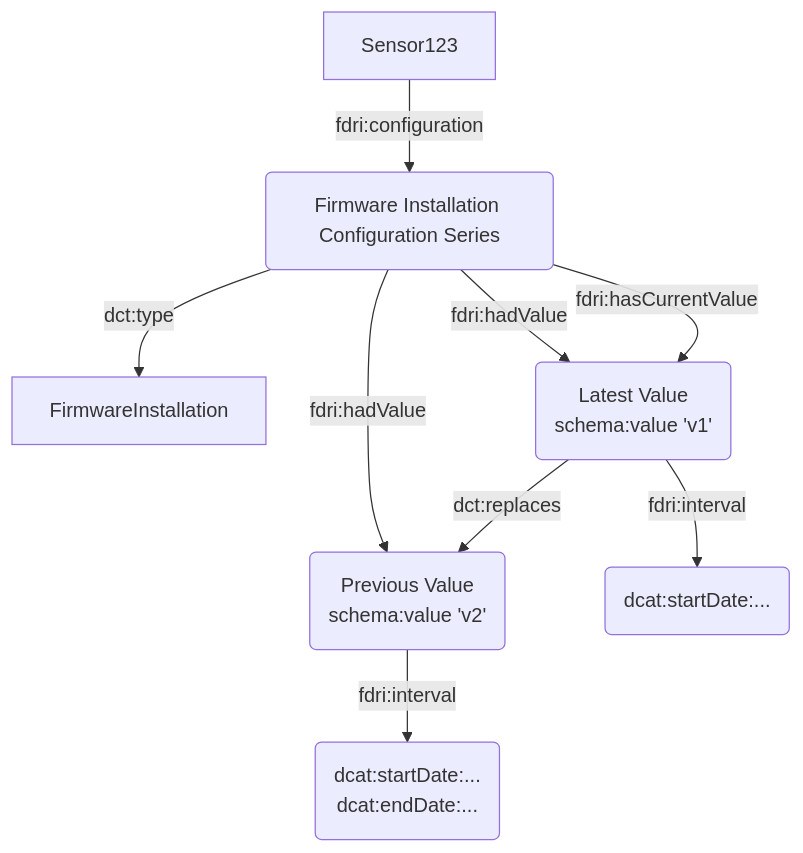
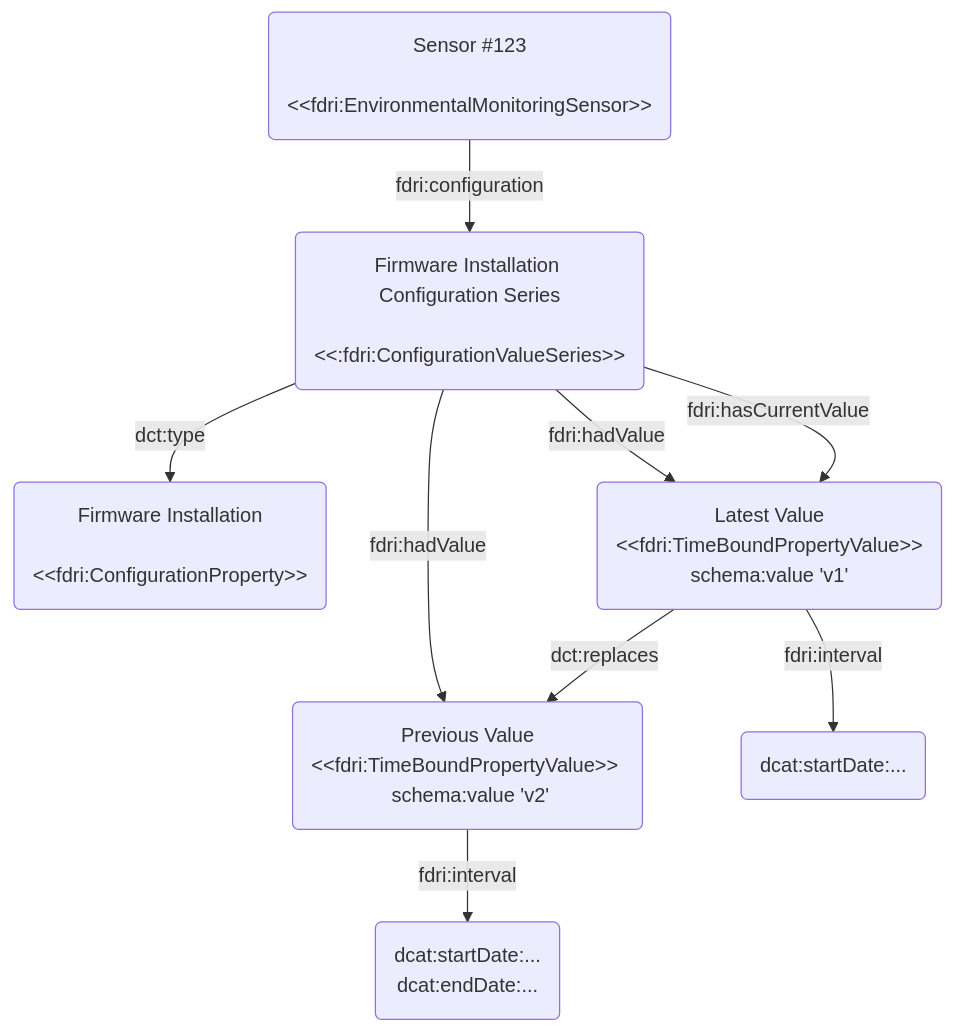
The sixth of 9 diagrams in doc/sensor-system.md (NERC-CEH/fdri-ontology), drawn with Mermaid before and after one commit. The commit also changed other lines of this file and 1 other file, not shown here.

Commit message:
Update example diagrams with consistent representation of resource types

````diff
--- a/doc/sensor-system.md
+++ b/doc/sensor-system.md
@@ -166,14 +171,18 @@
 ```mermaid
 flowchart
-    Sensor123 --fdri:configuration--> FIS
-  FIS("Firmware Installation Configuration Series") --dct:type--> FirmwareInstallation
+    Sensor123("Sensor #123
+  &lt;&lt;fdri:EnvironmentalMonitoringSensor>>") --fdri:configuration--> FIS
+  FIS("Firmware Installation Configuration Series
+  &lt;&lt:fdri:ConfigurationValueSeries>>") --dct:type--> FirmwareInstallation("Firmware Installation
+   &lt;&lt;fdri:ConfigurationProperty>>")
   FIS --fdri:hadValue--> F1
   FIS --fdri:hadValue--> F2
   FIS --fdri:hasCurrentValue--> F1
   F1("`Latest Value
+  &lt;&lt;fdri:TimeBoundPropertyValue>>
   schema:value 'v1'`") --fdri:interval --> int1("`dcat:startDate:...`")
   F2("`Previous Value
-  schema:value 'v2'`") --fdri:interval --> int2("`dcat:startDate:...
+  &lt;&lt;fdri:TimeBoundPropertyValue>>  schema:value 'v2'`") --fdri:interval --> int2("`dcat:startDate:...
   dcat:endDate:...`")
   F1 --dct:replaces--> F2
 ```
````
